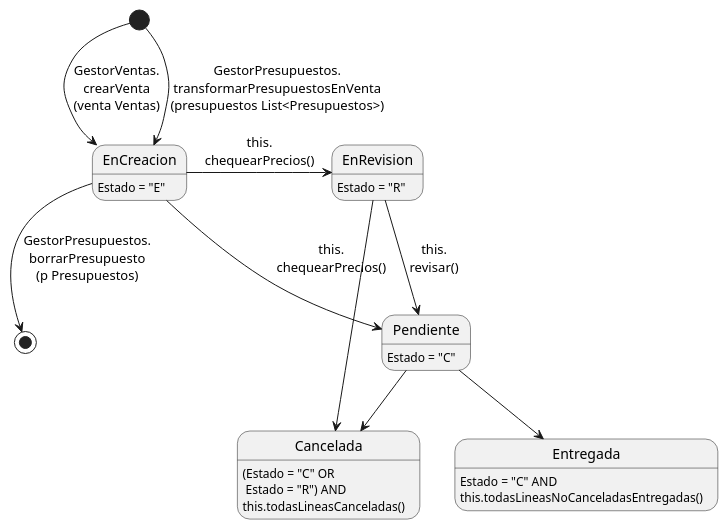
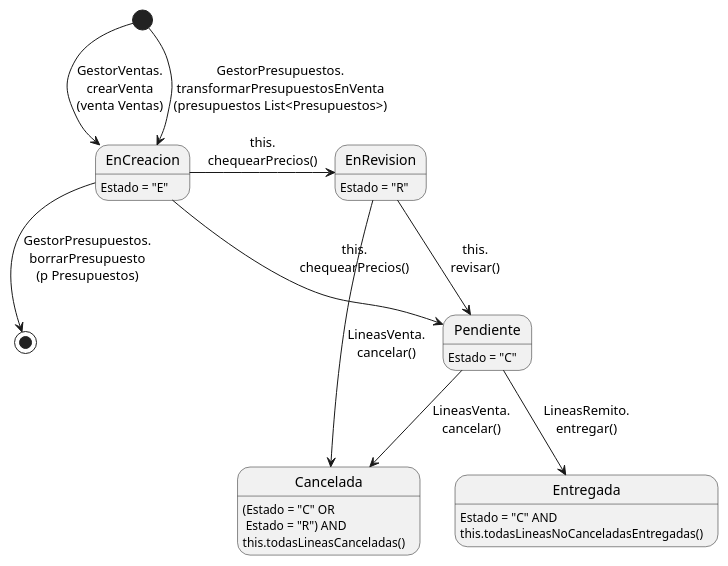
Before and after one commit to ZMGestion/DocumentacionZMGestion: the fifth of 7 diagrams in DiagramasEstado/DiagramaDeEstado.puml, drawn with PlantUML.

Commit message:
Cambios en DiagramaDeEstado

```diff
--- a/DiagramasEstado/DiagramaDeEstado.puml
+++ b/DiagramasEstado/DiagramaDeEstado.puml
@@ -108,22 +108,22 @@
 @startuml ventas
 top to bottom direction
 
 EnCreacion: Estado = "E"
 EnRevision: Estado = "R"
 Cancelada: (Estado = "C" OR\n Estado = "R") AND
 Cancelada: this.todasLineasCanceladas()
 Pendiente: Estado = "C"
 Entregada: Estado = "C" AND
 Entregada: this.todasLineasNoCanceladasEntregadas()
 
 [*] --> EnCreacion: GestorVentas.\ncrearVenta\n(venta Ventas)
 [*] --> EnCreacion: GestorPresupuestos.\ntransformarPresupuestosEnVenta\n(presupuestos List<Presupuestos>)
 EnCreacion --> [*]: GestorPresupuestos.\nborrarPresupuesto\n(p Presupuestos)
 EnCreacion -> EnRevision: this.\nchequearPrecios()
 EnCreacion --> Pendiente: this.\nchequearPrecios()
-EnRevision --> Cancelada
+EnRevision --> Cancelada: LineasVenta.\ncancelar()
 EnRevision --> Pendiente: this.\nrevisar()
-Pendiente --> Cancelada
-Pendiente --> Entregada
+Pendiente --> Cancelada: LineasVenta.\ncancelar()
+Pendiente --> Entregada: LineasRemito.\nentregar()
 
 @enduml
```
